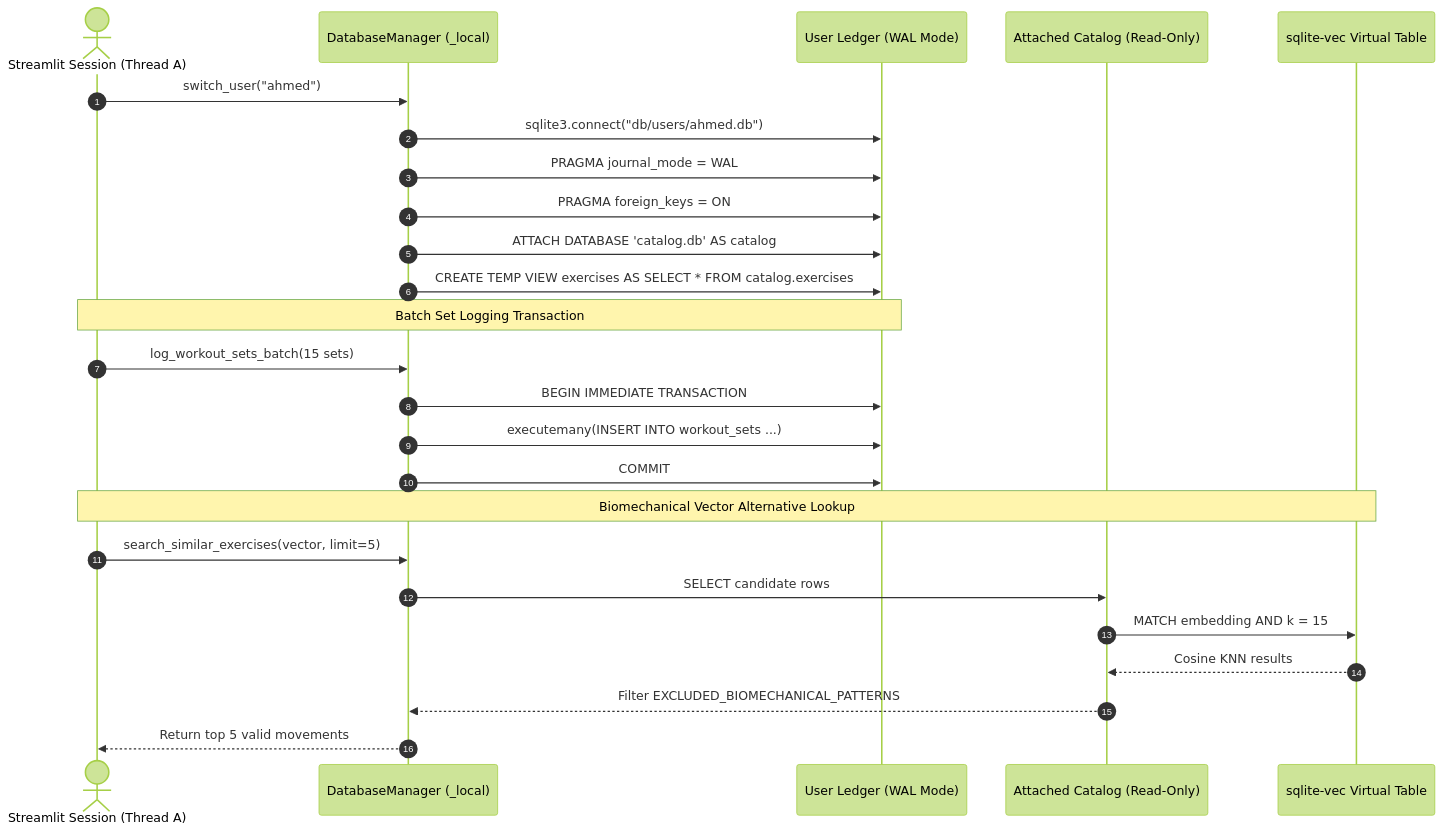
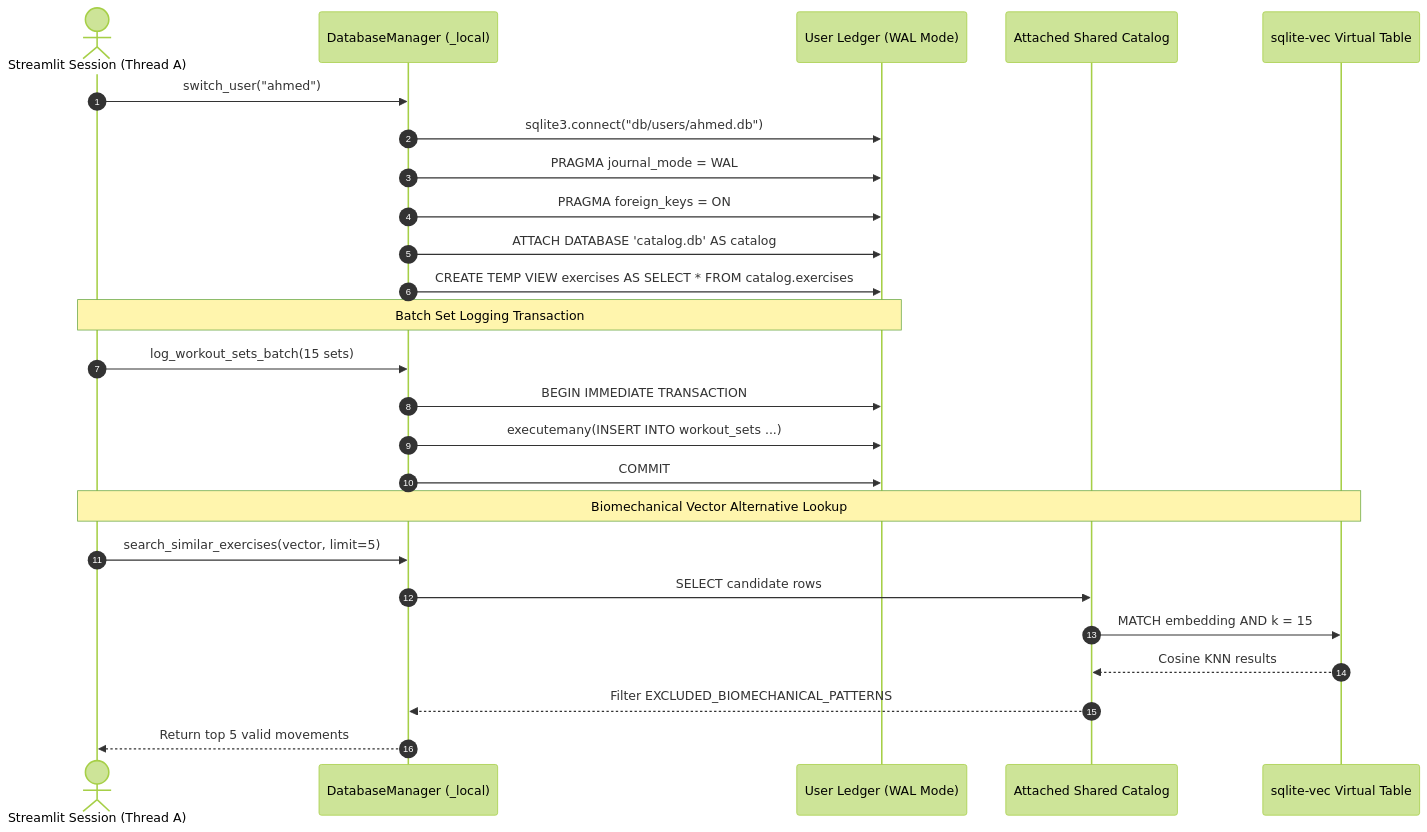
Before and after one commit to ahmedtvmer/MAYOS: the fourth of 8 diagrams in docs/ARCHITECTURE.md, drawn with Mermaid (forest theme). The commit also changed other lines of this file and 7 other files, not shown here.

````diff
--- a/docs/ARCHITECTURE.md
+++ b/docs/ARCHITECTURE.md
@@ -170,30 +196,30 @@
 ```mermaid
 sequenceDiagram
     autonumber
     actor Trainee as Streamlit Session (Thread A)
     participant DBM as DatabaseManager (_local)
     participant UserDB as User Ledger (WAL Mode)
-    participant CatalogDB as Attached Catalog (Read-Only)
+    participant CatalogDB as Attached Shared Catalog
     participant VecExt as sqlite-vec Virtual Table
 
     Trainee->>DBM: switch_user("ahmed")
     DBM->>UserDB: sqlite3.connect("db/users/ahmed.db")
     DBM->>UserDB: PRAGMA journal_mode = WAL;
     DBM->>UserDB: PRAGMA foreign_keys = ON;
     DBM->>UserDB: ATTACH DATABASE 'catalog.db' AS catalog;
     DBM->>UserDB: CREATE TEMP VIEW exercises AS SELECT * FROM catalog.exercises;
     
     Note over Trainee,UserDB: Batch Set Logging Transaction
     Trainee->>DBM: log_workout_sets_batch(15 sets)
     DBM->>UserDB: BEGIN IMMEDIATE TRANSACTION;
     DBM->>UserDB: executemany(INSERT INTO workout_sets ...)
     DBM->>UserDB: COMMIT;
     
     Note over Trainee,VecExt: Biomechanical Vector Alternative Lookup
     Trainee->>DBM: search_similar_exercises(vector, limit=5)
     DBM->>CatalogDB: SELECT candidate rows
     CatalogDB->>VecExt: MATCH embedding AND k = 15
     VecExt-->>CatalogDB: Cosine KNN results
     CatalogDB-->>DBM: Filter EXCLUDED_BIOMECHANICAL_PATTERNS
     DBM-->>Trainee: Return top 5 valid movements
 ```
````
